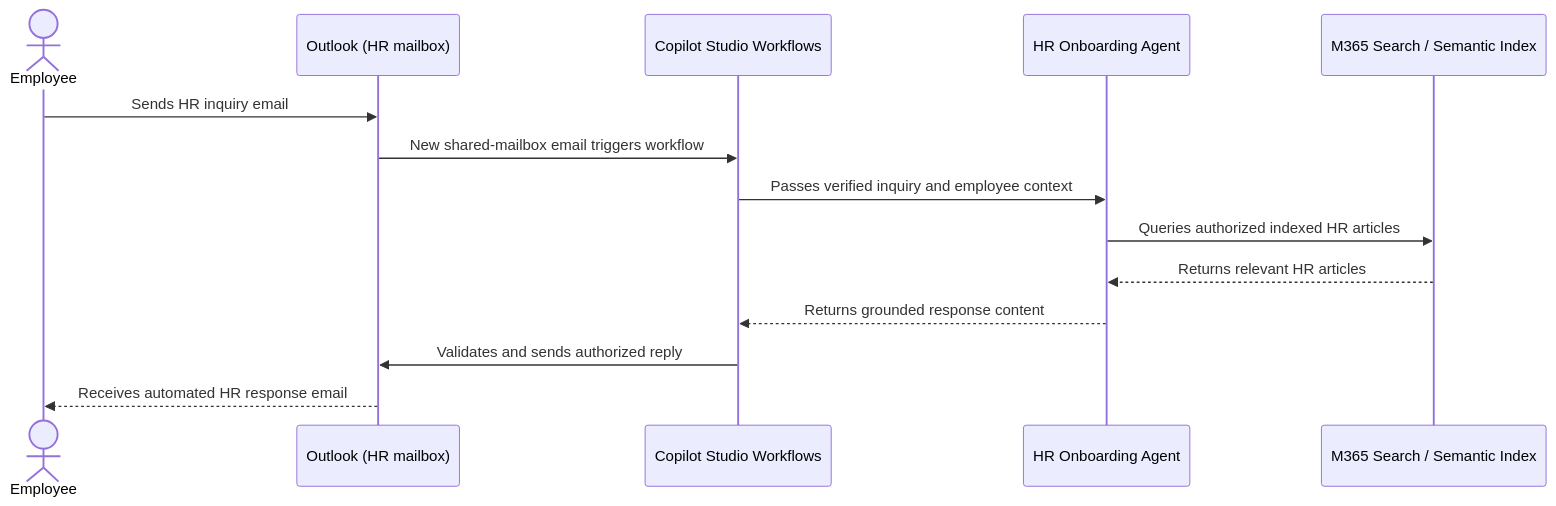
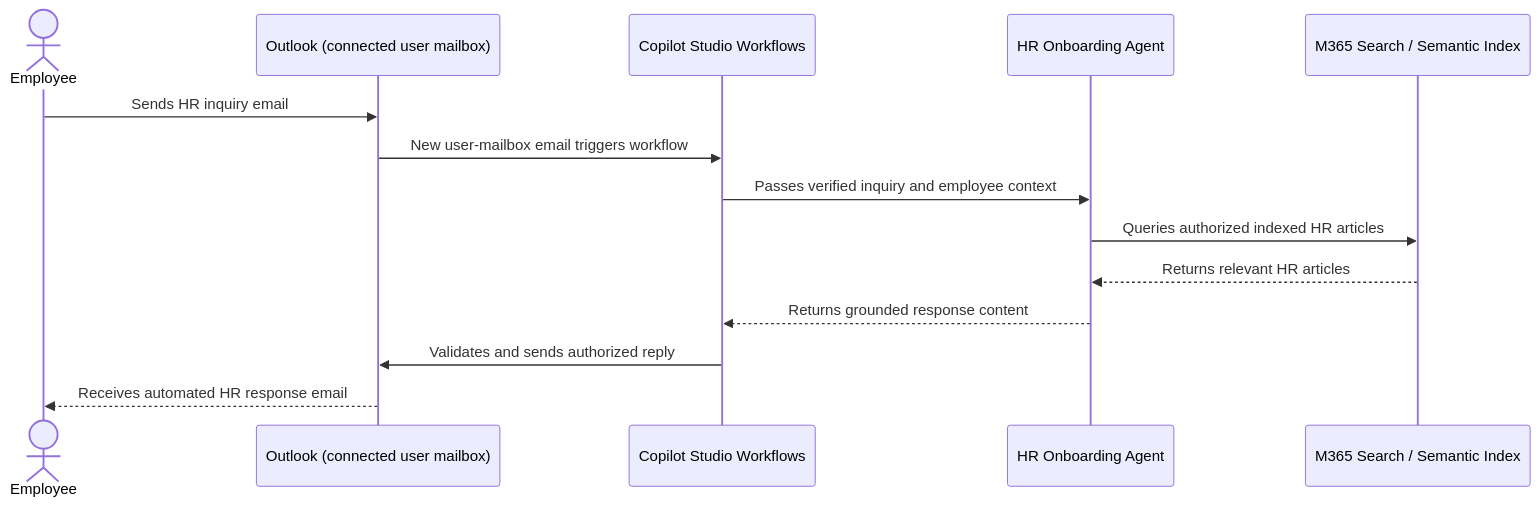
One commit to petepuu/ai-agent-runbooks changed the third of 3 diagrams in 01-scenarios/HR-Onboarding-Agent-GHCP/2.Architecture.md. Above: the diagram before and after it, drawn with Mermaid. The commit also changed other lines of this file and 9 other files, not shown here.

Commit message:
Use connected user mailbox and normal HR chat conversation

````diff
--- a/01-scenarios/HR-Onboarding-Agent-GHCP/2.Architecture.md
+++ b/01-scenarios/HR-Onboarding-Agent-GHCP/2.Architecture.md
@@ -133,16 +133,16 @@
 ```mermaid
 sequenceDiagram
     actor Employee
-    participant Mail as Outlook (HR mailbox)
+    participant Mail as Outlook (connected user mailbox)
     participant Flow as Copilot Studio Workflows
     participant Agent as HR Onboarding Agent
     participant KB as M365 Search / Semantic Index
     Employee->>Mail: Sends HR inquiry email
-    Mail->>Flow: New shared-mailbox email triggers workflow
+    Mail->>Flow: New user-mailbox email triggers workflow
     Flow->>Agent: Passes verified inquiry and employee context
     Agent->>KB: Queries authorized indexed HR articles
     KB-->>Agent: Returns relevant HR articles
     Agent-->>Flow: Returns grounded response content
     Flow->>Mail: Validates and sends authorized reply
     Mail-->>Employee: Receives automated HR response email
 ```
````
